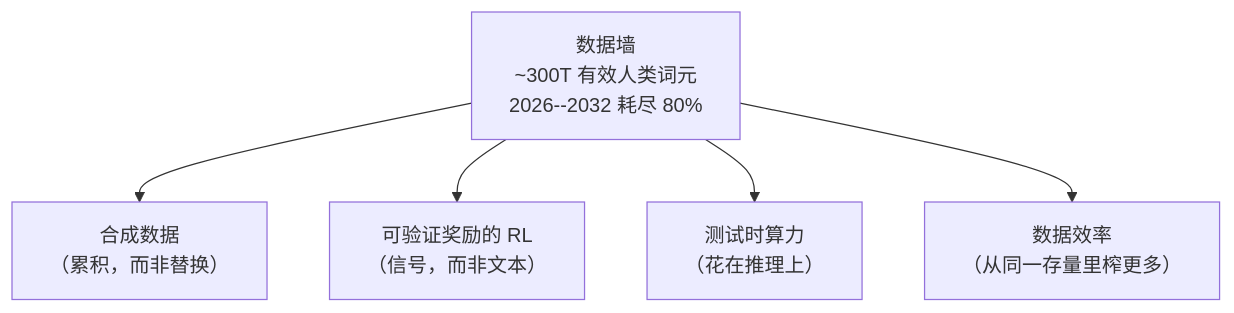
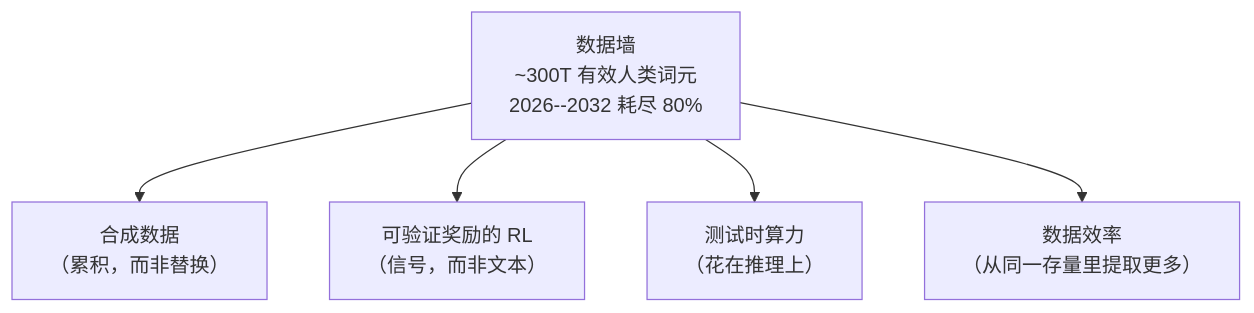
One commit to latere-ai/ai-as-an-infrastructure changed the diagram in zh/infrastructure/07-where-learning-hits-limits.qmd. Above: the diagram before and after it, drawn with Mermaid. The commit also changed other lines of this file and 18 other files, not shown here.

````diff
--- a/zh/infrastructure/07-where-learning-hits-limits.qmd
+++ b/zh/infrastructure/07-where-learning-hits-limits.qmd
@@ -13,14 +13,14 @@
 ```{mermaid}
 %%| label: fig-learning-wall
-%%| fig-cap: "数据墙作为整章之下的约束。算力每年数倍增长；高质量人类文本的存量则实际上是平的。两条曲线相交之处，每一条逃路都是在试图制造或替代缺失的燃料，而每一条都有争议。"
+%%| fig-cap: "数据墙作为整章之下的约束。算力每年数倍增长；高质量人类文本的存量则实际上是平的。两条曲线相交之处，每一条出路都是在试图制造或替代缺失的学习信号，而每一条都有争议。"
 flowchart TB
   wall["数据墙<br/>~300T 有效人类词元<br/>2026--2032 耗尽 80%"]
   syn["合成数据<br/>（累积，而非替换）"]
   rl["可验证奖励的 RL<br/>（信号，而非文本）"]
   ttc["测试时算力<br/>（花在推理上）"]
-  eff["数据效率<br/>（从同一存量里榨更多）"]
+  eff["数据效率<br/>（从同一存量里提取更多）"]
   wall --> syn
   wall --> rl
   wall --> ttc
   wall --> eff
 ```
````
